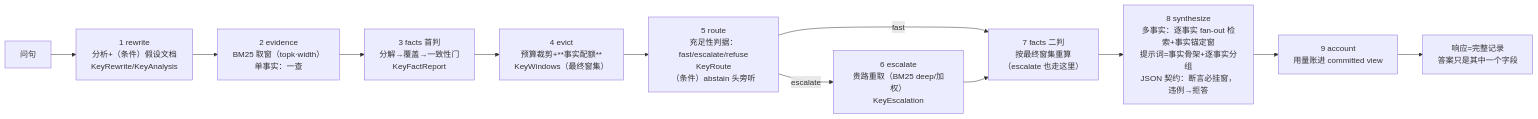
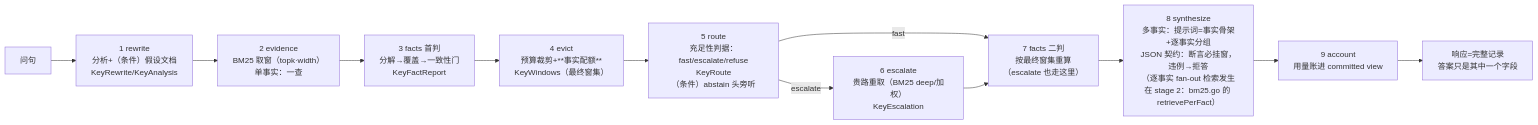
The second of 2 diagrams in docs/architecture-diagram.md (willove/cumulus), drawn with Mermaid before and after one commit. The commit also changed other lines of this file and 28 other files, not shown here.

````diff
--- a/docs/architecture-diagram.md
+++ b/docs/architecture-diagram.md
@@ -52,14 +52,14 @@
 ```mermaid
 flowchart LR
     Q["问句"] --> RW["1 rewrite<br/>分析+（条件）假设文档<br/>KeyRewrite/KeyAnalysis"]
     RW --> EV["2 evidence<br/>BM25 取窗（topk·width）<br/>单事实：一查"]
     EV --> F1["3 facts 首判<br/>分解→覆盖→一致性门<br/>KeyFactReport"]
     F1 --> EJ["4 evict<br/>预算裁剪+**事实配额**<br/>KeyWindows（最终窗集）"]
     EJ --> RT["5 route<br/>充足性判据：fast/escalate/refuse<br/>KeyRoute<br/>（条件）abstain 头旁听"]
     RT -->|escalate| ESC["6 escalate<br/>贵路重取（BM25 deep/加权）<br/>KeyEscalation"]
     RT -->|fast| F2["7 facts 二判<br/>按最终窗集重算<br/>（escalate 也走这里）"]
     ESC --> F2
-    F2 --> SY["8 synthesize<br/>多事实：逐事实 fan-out 检索+事实锚定窗<br/>提示词=事实骨架+逐事实分组<br/>JSON 契约：断言必挂窗，违例→拒答"]
+    F2 --> SY["8 synthesize<br/>多事实：提示词=事实骨架+逐事实分组<br/>JSON 契约：断言必挂窗，违例→拒答<br/>（逐事实 fan-out 检索发生在 stage 2：bm25.go 的 retrievePerFact）"]
     SY --> AC["9 account<br/>用量账进 committed view"]
     AC --> RESP["响应=完整记录<br/>答案只是其中一个字段"]
 ```
````
